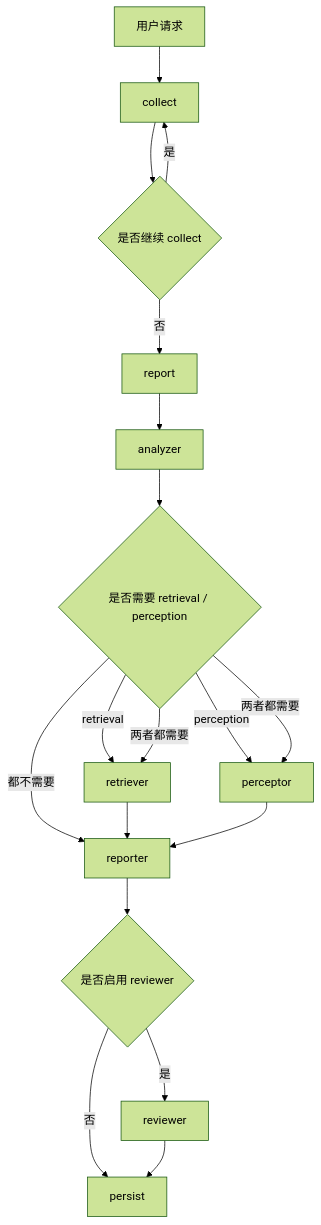
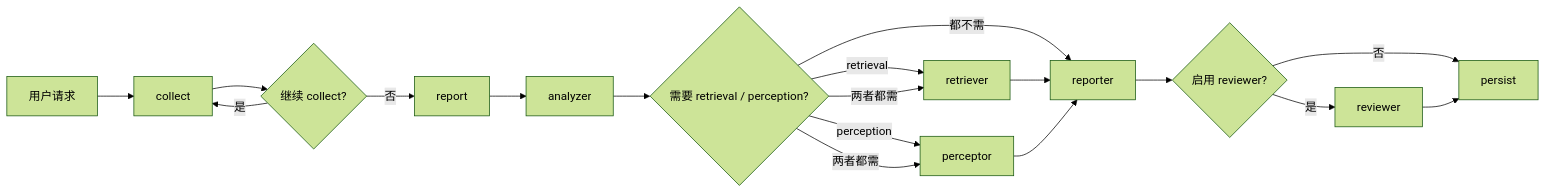
The sixth of 8 diagrams in docs/backend_architecture.md (jiliguluhua/liver_rag), drawn with Mermaid (forest theme) before and after one commit. The commit also changed other lines of this file, not shown here.

Commit message:
小修改

````diff
--- a/docs/backend_architecture.md
+++ b/docs/backend_architecture.md
@@ -216,26 +216,26 @@
 ```mermaid
-flowchart TD
+flowchart LR
     A[用户请求] --> B[collect]
-    B --> C{是否继续 collect}
+    B --> C{继续 collect?}
 
     C -->|是| B
     C -->|否| D[report]
 
     D --> E[analyzer]
-    E --> F{是否需要 retrieval / perception}
+    E --> F{需要 retrieval / perception?}
 
     F -->|retrieval| G[retriever]
     F -->|perception| H[perceptor]
-    F -->|两者都需要| G
-    F -->|两者都需要| H
-    F -->|都不需要| I[reporter]
+    F -->|两者都需| G
+    F -->|两者都需| H
+    F -->|都不需| I[reporter]
 
-    G --> I[reporter]
+    G --> I
     H --> I
 
-    I --> J{是否启用 reviewer}
+    I --> J{启用 reviewer?}
     J -->|是| K[reviewer]
     J -->|否| L[persist]
 
     K --> L[persist]
 ```
````
